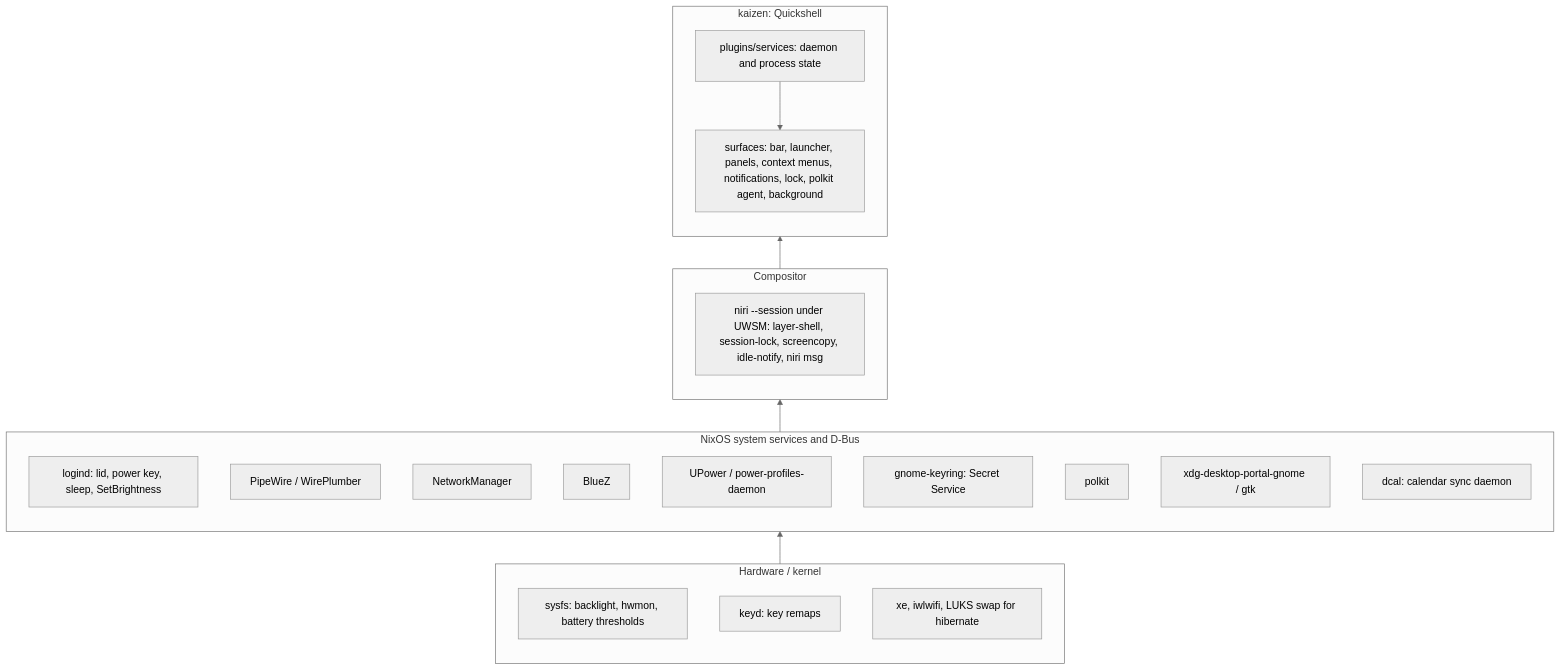
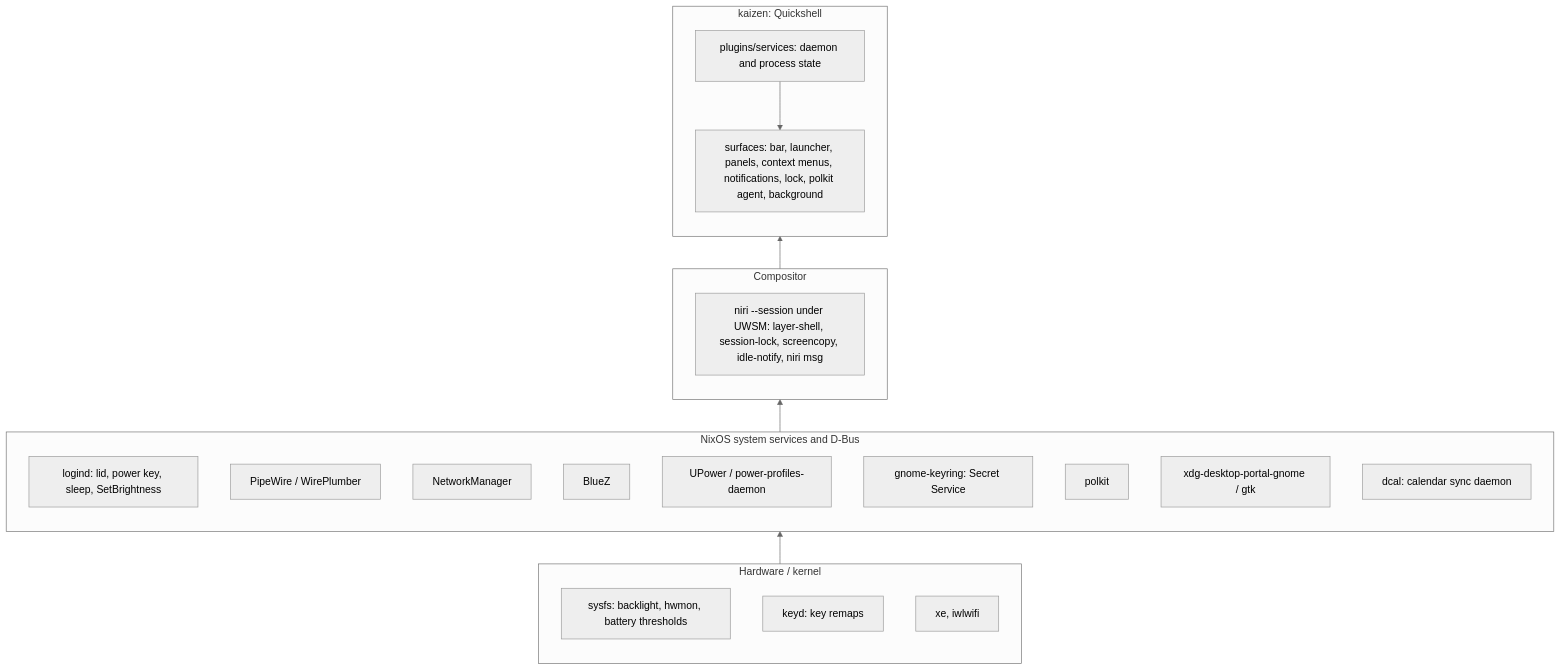
One commit to fredrikaverpil/dotfiles changed the diagram in nix/shared/system/kaizen/KAIZEN.md. Above: the diagram before and after it, drawn with Mermaid (neutral theme). The commit also changed other lines of this file and 3 other files, not shown here.

````diff
--- a/nix/shared/system/kaizen/KAIZEN.md
+++ b/nix/shared/system/kaizen/KAIZEN.md
@@ -22,28 +22,28 @@
 ```mermaid
 flowchart BT
   subgraph HW[Hardware / kernel]
     sysfs[sysfs: backlight, hwmon, battery thresholds]
     keyd[keyd: key remaps]
-    drv[xe, iwlwifi, LUKS swap for hibernate]
+    drv[xe, iwlwifi]
   end
   subgraph SYS[NixOS system services and D-Bus]
     logind[logind: lid, power key, sleep, SetBrightness]
     pw[PipeWire / WirePlumber]
     nm[NetworkManager]
     bluez[BlueZ]
     upower[UPower / power-profiles-daemon]
     keyring[gnome-keyring: Secret Service]
     polkitd[polkit]
     portal[xdg-desktop-portal-gnome / gtk]
     dcal[dcal: calendar sync daemon]
   end
   subgraph WM[Compositor]
     niri["niri --session under UWSM: layer-shell, session-lock, screencopy, idle-notify, niri msg"]
   end
   subgraph SHELL[kaizen: Quickshell]
     svc[plugins/services: daemon and process state]
     ui[surfaces: bar, launcher, panels, context menus, notifications, lock, polkit agent, background]
     svc --> ui
   end
   HW --> SYS --> WM --> SHELL
 ```
````
